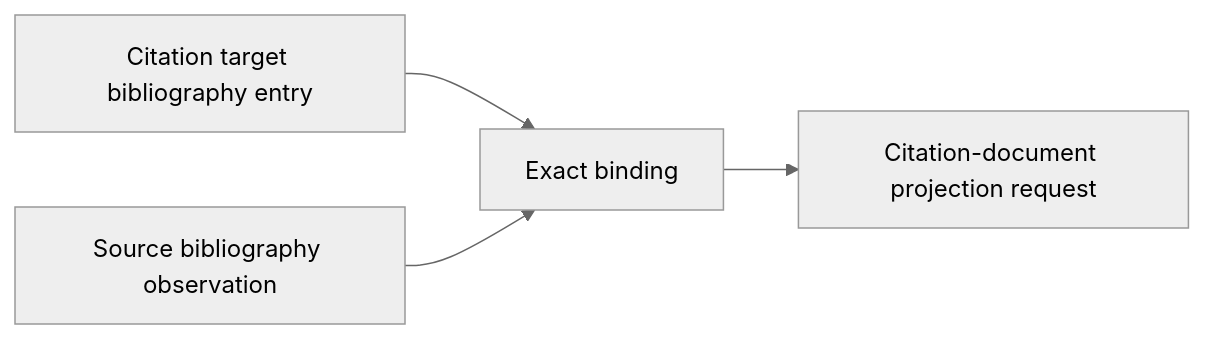
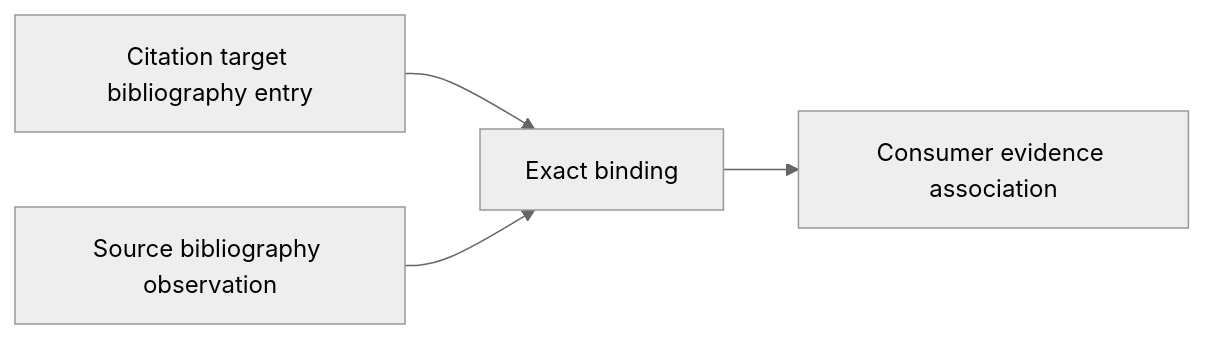
One commit to eragasa/projectkoios-references changed the diagram in docs/architecture/projectkoios/references/bibliography/implementation.md. Above: the diagram before and after it, drawn with Mermaid (neutral theme). The commit also changed other lines of this file and 54 other files, not shown here.

````diff
--- a/docs/architecture/projectkoios/references/bibliography/implementation.md
+++ b/docs/architecture/projectkoios/references/bibliography/implementation.md
@@ -3,6 +3,6 @@
 ```mermaid
 flowchart LR
     E[Citation target bibliography entry] --> B[Exact binding]
     O[Source bibliography observation] --> B
-    B --> P[Citation-document projection request]
+    B --> X[Consumer evidence association]
 ```
````
